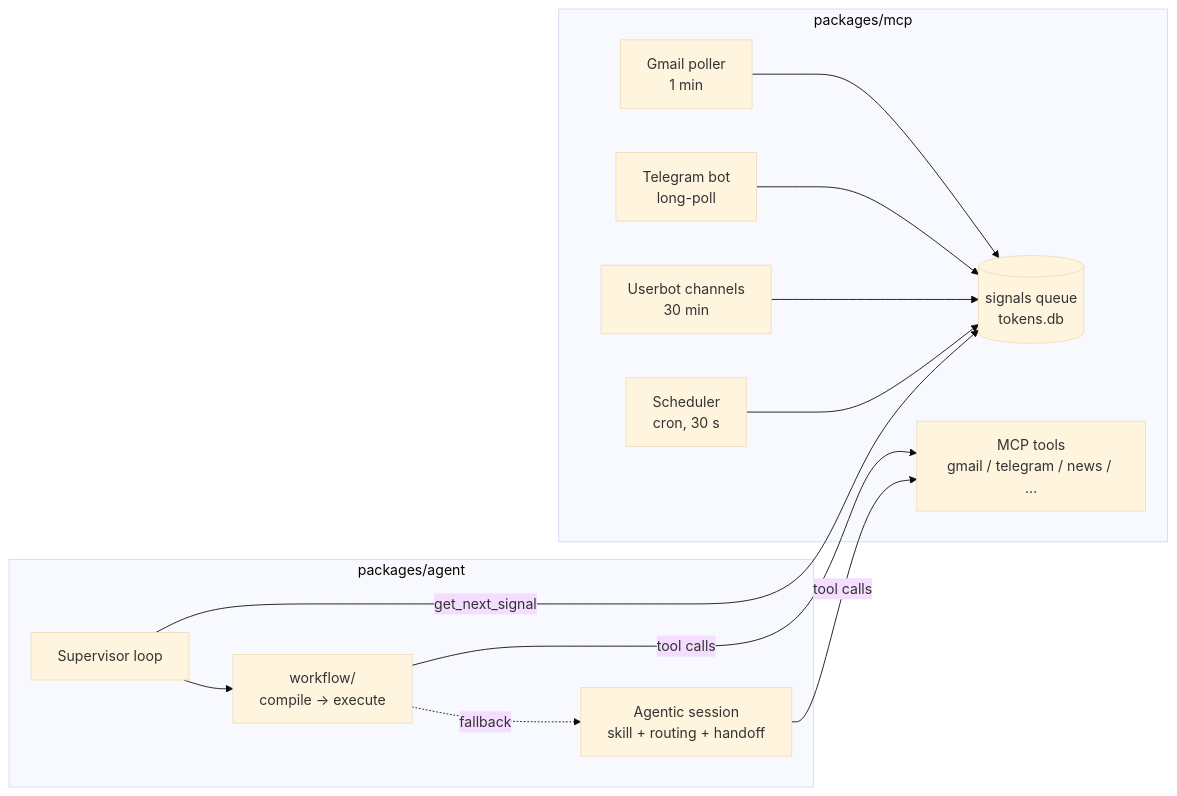
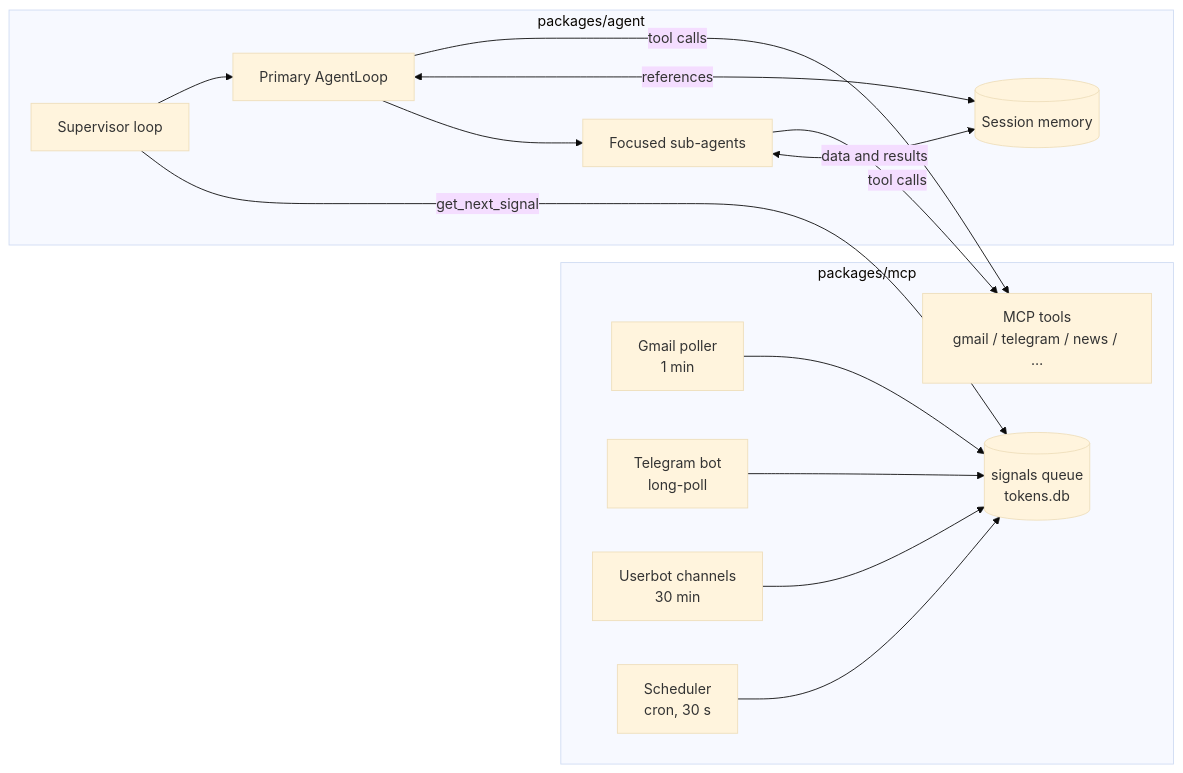
One commit to Ch4mpl00/ouro changed the second of 2 diagrams in README.md. Above: the diagram before and after it, drawn with Mermaid (base theme). The commit also changed other lines of this file and 27 other files, not shown here.

Commit message:
feat(agent): make AgentLoop primary with shared working memory

````diff
--- a/README.md
+++ b/README.md
@@ -115,19 +92,21 @@
 ```mermaid
 flowchart LR
     subgraph mcp [packages/mcp]
         P1[Gmail poller<br/>1 min] --> Q
         P2[Telegram bot<br/>long-poll] --> Q
         P3[Userbot channels<br/>30 min] --> Q
         P4[Scheduler<br/>cron, 30 s] --> Q
         Q[(signals queue<br/>tokens.db)]
         T[MCP tools<br/>gmail / telegram / news / …]
     end
 
     subgraph agent [packages/agent]
         S[Supervisor loop] -->|get_next_signal| Q
-        S --> W[workflow/<br/>compile → execute]
-        W -.fallback.-> L[Agentic session<br/>skill + routing + handoff]
-        W -->|tool calls| T
+        S --> L[Primary AgentLoop]
+        L --> C[Focused sub-agents]
+        L <-->|references| M[(Session memory)]
+        C <-->|data and results| M
         L -->|tool calls| T
+        C -->|tool calls| T
     end
 ```
````
